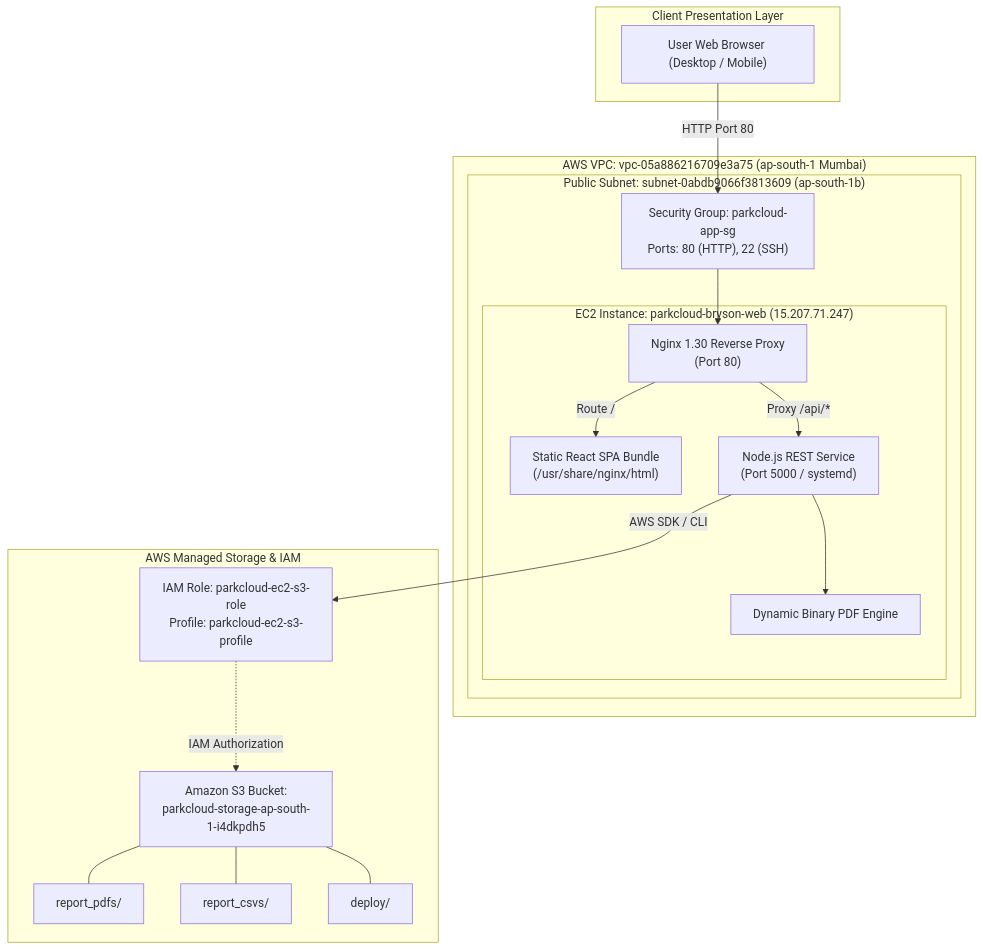
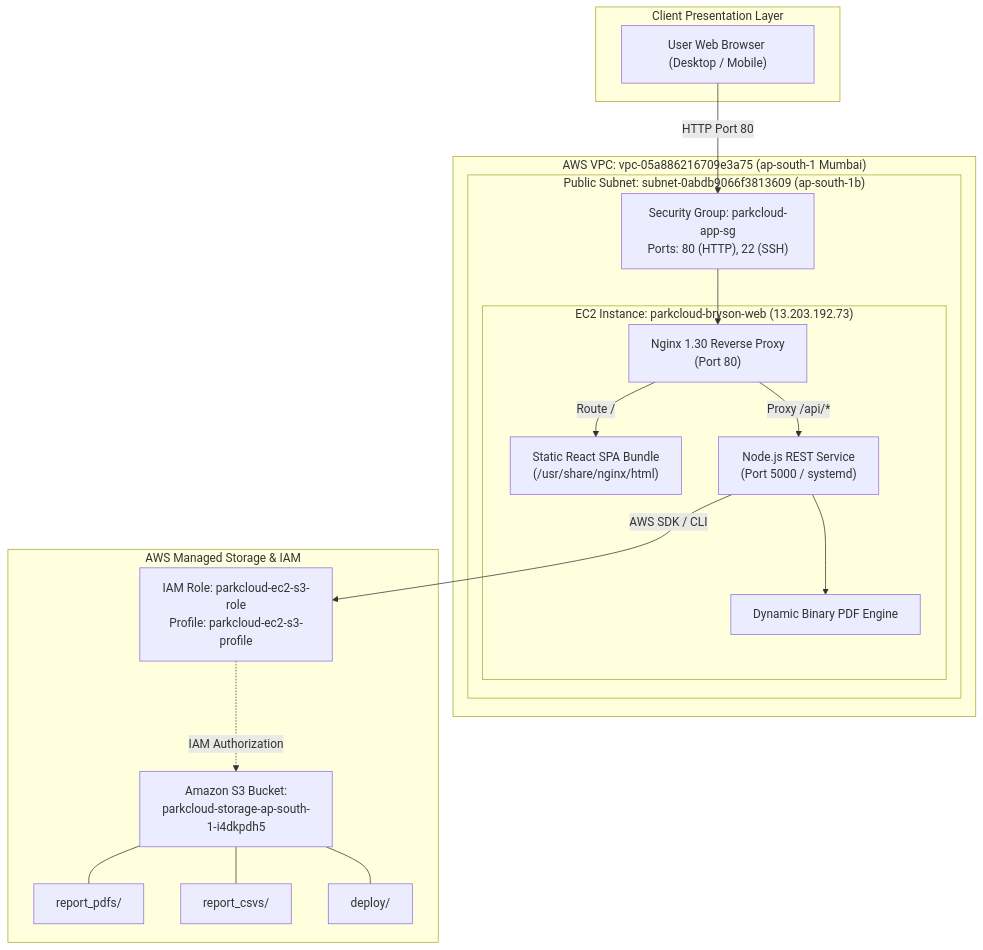
One commit to amosnunes01/ParkCloud changed the first of 2 diagrams in PROJECT_REPORT.md. Above: the diagram before and after it, drawn with Mermaid. The commit also changed other lines of this file and 1 other file, not shown here.

````diff
--- a/PROJECT_REPORT.md
+++ b/PROJECT_REPORT.md
@@ -62,38 +62,38 @@
 ```mermaid
 flowchart TD
     subgraph ClientLayer ["Client Presentation Layer"]
         Browser["User Web Browser (Desktop / Mobile)"]
     end
 
     subgraph AWSVPC ["AWS VPC: vpc-05a886216709e3a75 (ap-south-1 Mumbai)"]
         subgraph PublicSubnet ["Public Subnet: subnet-0abdb9066f3813609 (ap-south-1b)"]
             SG["Security Group: parkcloud-app-sg\nPorts: 80 (HTTP), 22 (SSH)"]
             
-            subgraph EC2Instance ["EC2 Instance: parkcloud-bryson-web (15.207.71.247)"]
+            subgraph EC2Instance ["EC2 Instance: parkcloud-bryson-web (13.203.192.73)"]
                 Nginx["Nginx 1.30 Reverse Proxy\n(Port 80)"]
                 StaticFiles["Static React SPA Bundle\n(/usr/share/nginx/html)"]
                 NodeAPI["Node.js REST Service\n(Port 5000 / systemd)"]
                 PDFEngine["Dynamic Binary PDF Engine"]
             end
         end
     end
 
     subgraph AWSStorage ["AWS Managed Storage & IAM"]
         IAMRole["IAM Role: parkcloud-ec2-s3-role\nProfile: parkcloud-ec2-s3-profile"]
         S3Bucket["Amazon S3 Bucket:\nparkcloud-storage-ap-south-1-i4dkpdh5"]
         S3Pdfs["report_pdfs/"]
         S3Csvs["report_csvs/"]
         S3Deploy["deploy/"]
     end
 
     Browser -->|HTTP Port 80| SG
     SG --> Nginx
     Nginx -->|Route / | StaticFiles
     Nginx -->|Proxy /api/* | NodeAPI
     NodeAPI --> PDFEngine
     NodeAPI -->|AWS SDK / CLI| IAMRole
     IAMRole -.->|IAM Authorization| S3Bucket
     S3Bucket --- S3Pdfs
     S3Bucket --- S3Csvs
     S3Bucket --- S3Deploy
 ```
````
